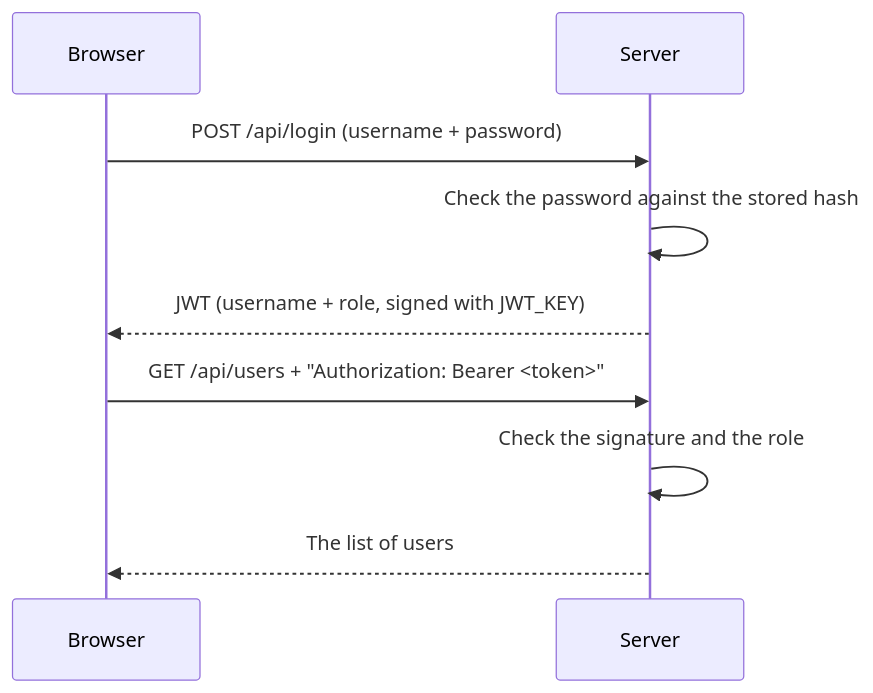
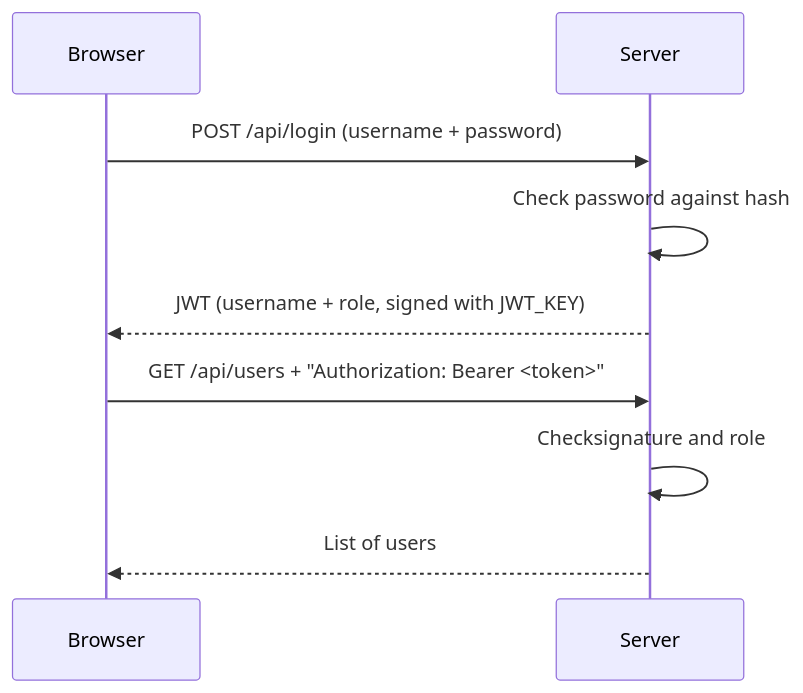
The second of 2 diagrams in README.md (majlando/cds-login-platform), drawn with Mermaid before and after one commit. The commit also changed other lines of this file and 1 other file, not shown here.

````diff
--- a/README.md
+++ b/README.md
@@ -206,11 +203,11 @@
 ```mermaid
 sequenceDiagram
     participant B as Browser
     participant S as Server
     B->>S: POST /api/login (username + password)
-    S->>S: Check the password against the stored hash
+    S->>S: Check password against hash
     S-->>B: JWT (username + role, signed with JWT_KEY)
     B->>S: GET /api/users + "Authorization: Bearer <token>"
-    S->>S: Check the signature and the role
-    S-->>B: The list of users
+    S->>S: Checksignature and role
+    S-->>B: List of users
 ```
````
